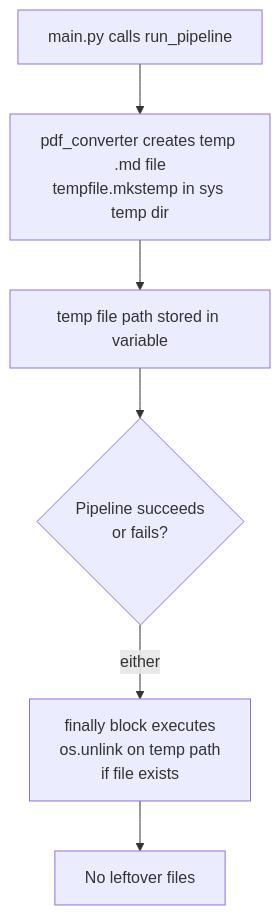
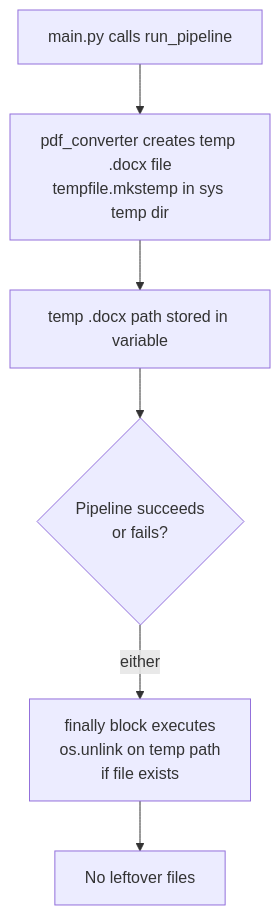
Before and after one commit to williamobiana/domain-specific-agents: the seventh of 7 diagrams in .claude/specs/expense-summary-cli/design.md, drawn with Mermaid. The commit also changed other lines of this file and 14 other files, not shown here.

````diff
--- a/.claude/specs/expense-summary-cli/design.md
+++ b/.claude/specs/expense-summary-cli/design.md
@@ -540,12 +542,12 @@
 ```mermaid
 flowchart TD
     A[main.py calls run_pipeline]
-    B[pdf_converter creates temp .md file\ntempfile.mkstemp in sys temp dir]
-    C[temp file path stored in variable]
+    B[pdf_converter creates temp .docx file\ntempfile.mkstemp in sys temp dir]
+    C[temp .docx path stored in variable]
     D{Pipeline succeeds\nor fails?}
     E[finally block executes\nos.unlink on temp path\nif file exists]
     F[No leftover files]
 
     A --> B --> C --> D
     D -->|either| E --> F
 ```
````
